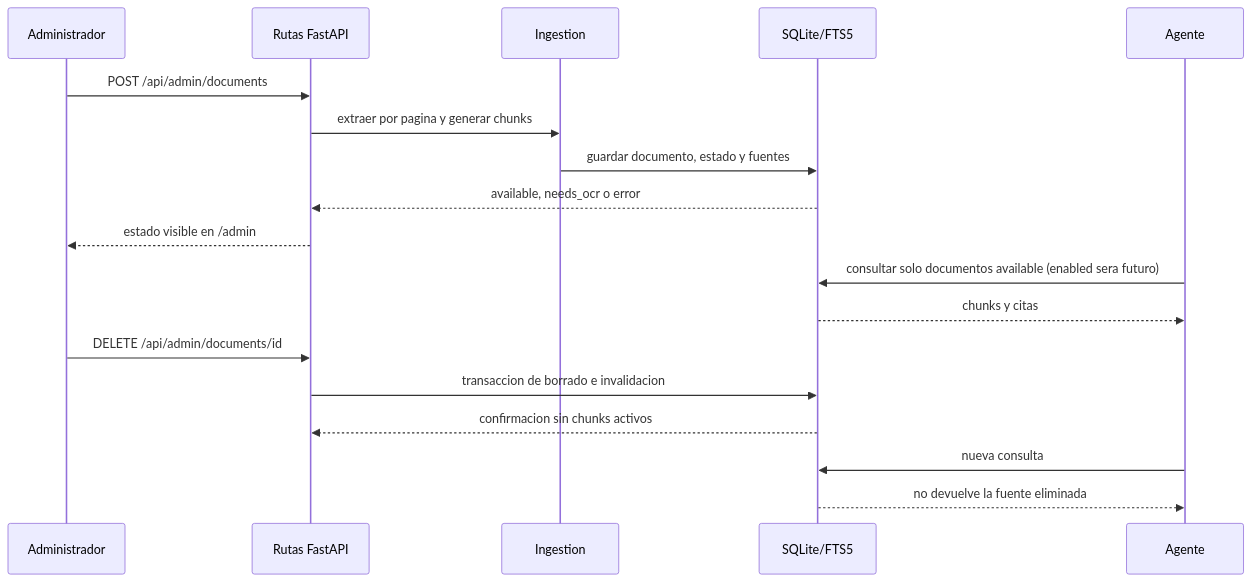
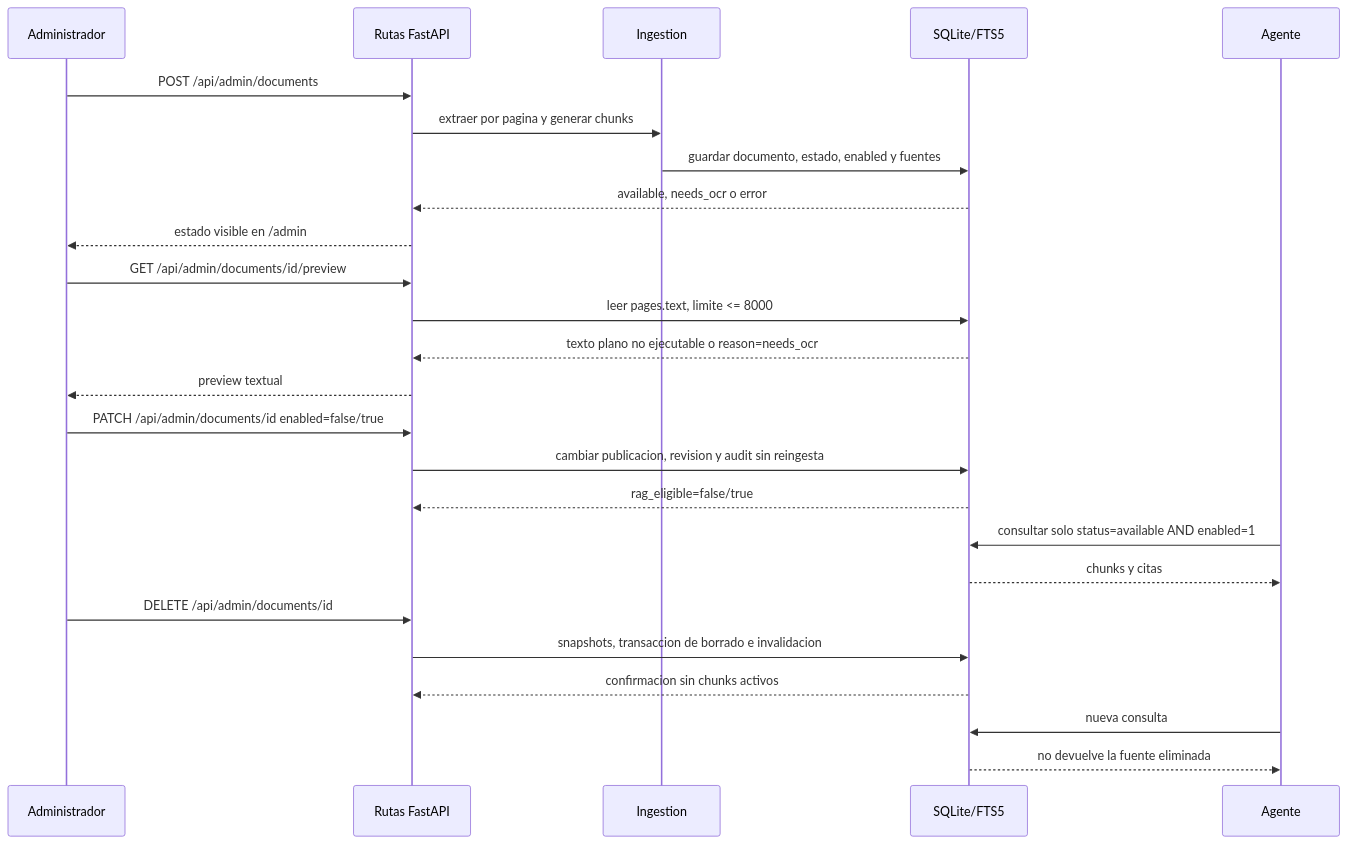
One commit to JhofredCam/TechSphereChallenge changed the third of 3 diagrams in docs/arquitectura.md. Above: the diagram before and after it, drawn with Mermaid. The commit also changed other lines of this file and 56 other files, not shown here.

````diff
--- a/docs/arquitectura.md
+++ b/docs/arquitectura.md
@@ -170,21 +197,28 @@
 ```mermaid
 sequenceDiagram
     participant U as Administrador
     participant R as Rutas FastAPI
     participant I as Ingestion
     participant D as SQLite/FTS5
     participant A as Agente
 
     U->>R: POST /api/admin/documents
     R->>I: extraer por pagina y generar chunks
-    I->>D: guardar documento, estado y fuentes
+    I->>D: guardar documento, estado, enabled y fuentes
     D-->>R: available, needs_ocr o error
     R-->>U: estado visible en /admin
-    A->>D: consultar solo documentos available (enabled sera futuro)
+    U->>R: GET /api/admin/documents/id/preview
+    R->>D: leer pages.text, limite <= 8000
+    D-->>R: texto plano no ejecutable o reason=needs_ocr
+    R-->>U: preview textual
+    U->>R: PATCH /api/admin/documents/id enabled=false/true
+    R->>D: cambiar publicacion, revision y audit sin reingesta
+    D-->>R: rag_eligible=false/true
+    A->>D: consultar solo status=available AND enabled=1
     D-->>A: chunks y citas
     U->>R: DELETE /api/admin/documents/id
-    R->>D: transaccion de borrado e invalidacion
+    R->>D: snapshots, transaccion de borrado e invalidacion
     D-->>R: confirmacion sin chunks activos
     A->>D: nueva consulta
     D-->>A: no devuelve la fuente eliminada
 ```
````
